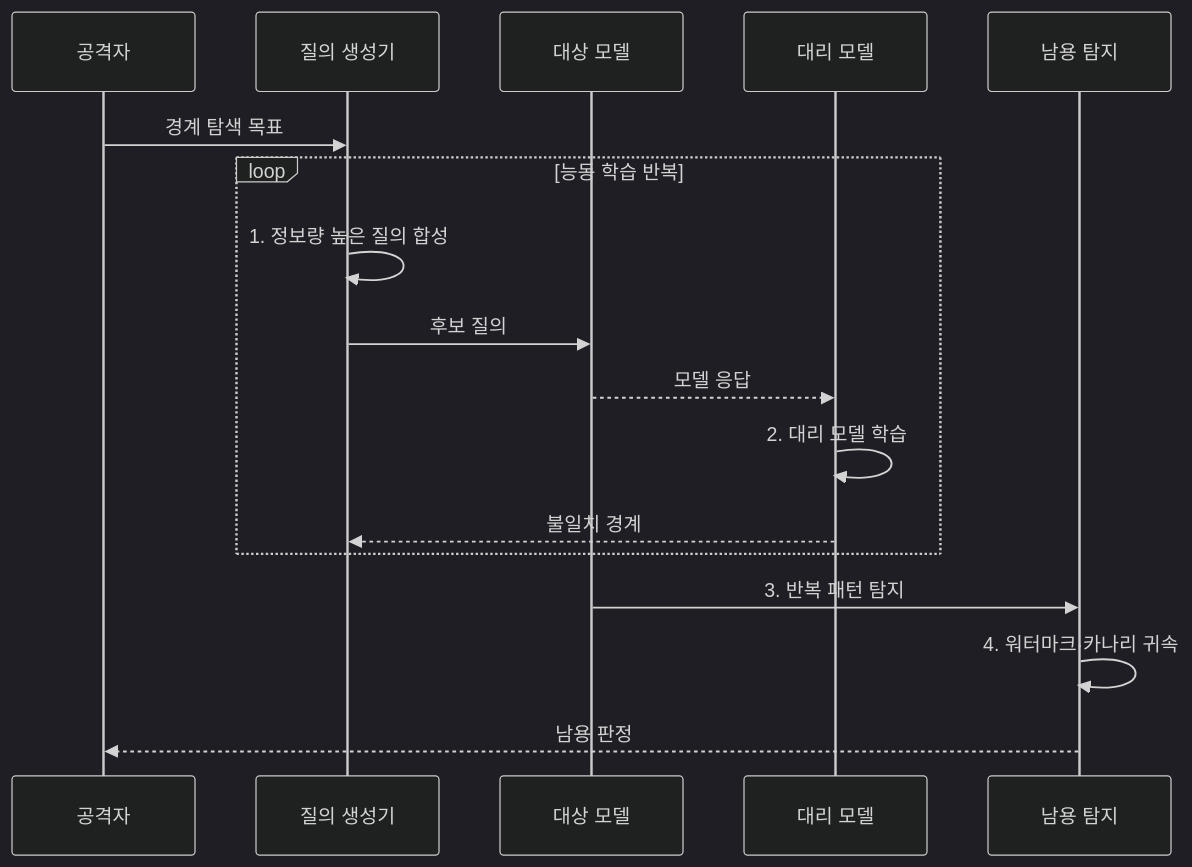
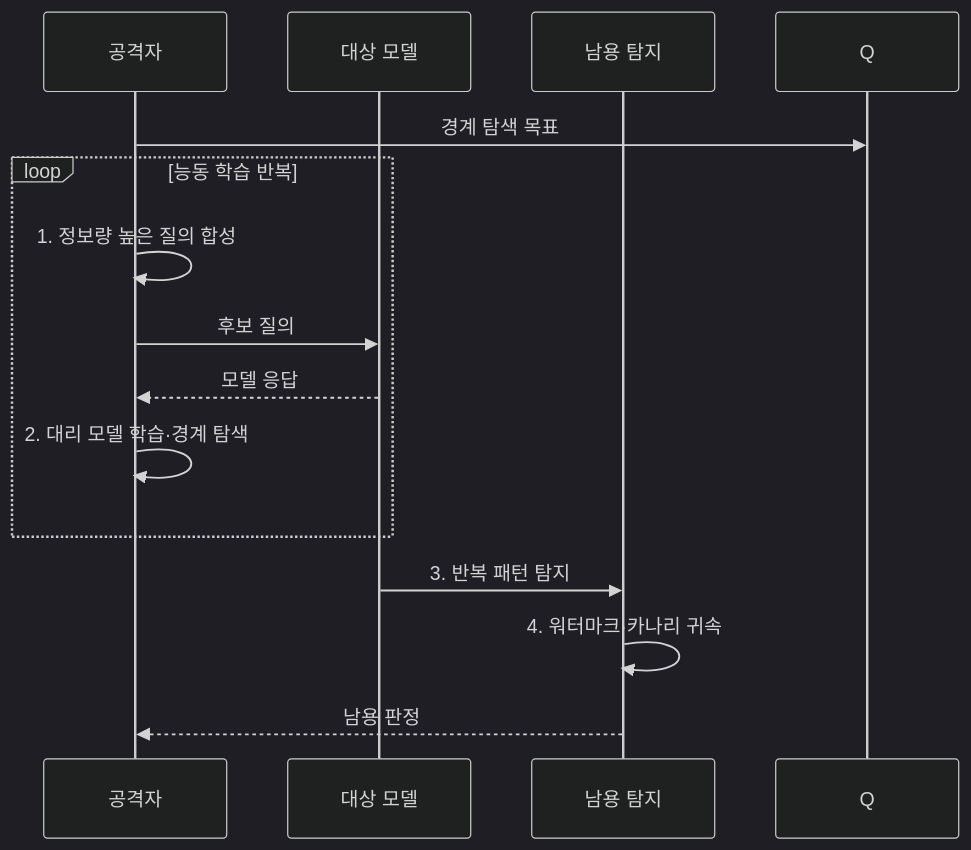
The second of 2 diagrams in src/content/docs/notes/05-security/083_model_extraction_attack.md (agnusdei1207/knowledge-base), drawn with Mermaid (dark theme) before and after one commit. The commit also changed other lines of this file and 9 other files, not shown here.

Commit message:
Simplify AI security sequence actors

````diff
--- a/src/content/docs/notes/05-security/083_model_extraction_attack.md
+++ b/src/content/docs/notes/05-security/083_model_extraction_attack.md
@@ -99,19 +99,16 @@
 ```mermaid
 sequenceDiagram
     participant A as 공격자
-    participant Q as 질의 생성기
     participant M as 대상 모델
-    participant S as 대리 모델
     participant D as 남용 탐지
     A->>Q: 경계 탐색 목표
     loop 능동 학습 반복
-        Q->>Q: 1. 정보량 높은 질의 합성
-        Q->>M: 후보 질의
-        M-->>S: 모델 응답
-        S->>S: 2. 대리 모델 학습
-        S-->>Q: 불일치 경계
+        A->>A: 1. 정보량 높은 질의 합성
+        A->>M: 후보 질의
+        M-->>A: 모델 응답
+        A->>A: 2. 대리 모델 학습·경계 탐색
     end
     M->>D: 3. 반복 패턴 탐지
     D->>D: 4. 워터마크·카나리 귀속
     D-->>A: 남용 판정
 ```
````
